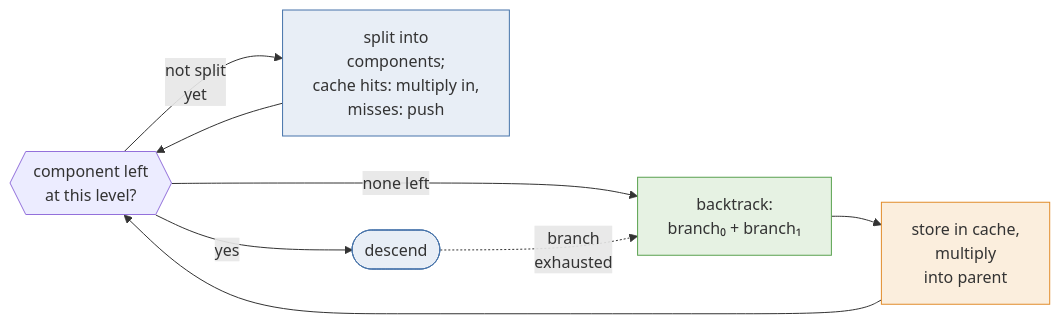
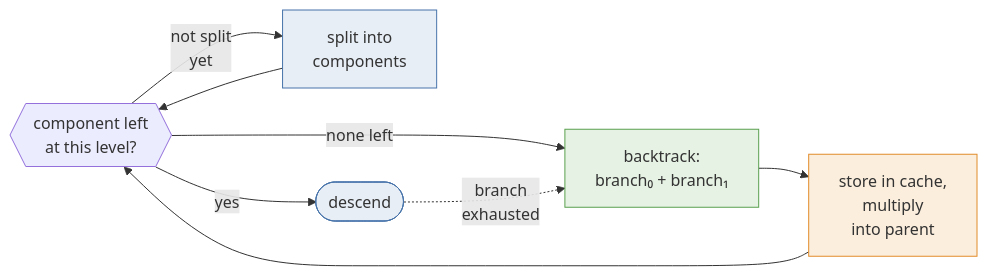
One commit to meelgroup/ganak-presentation changed the diagram in figs/mermaid/ascend.mmd. Above: the diagram before and after it, drawn with Mermaid. The commit also changed 3 other files, not shown here.

Commit message:
Ascend diagram: drop the cache hit/miss detail

```diff
--- a/figs/mermaid/ascend.mmd
+++ b/figs/mermaid/ascend.mmd
@@ -1,17 +1,17 @@
 flowchart LR
   A{{"component left<br/>at this level?"}}
-  A -->|"not split<br/>yet"| B["split into<br/>components;<br/>cache hits: multiply in,<br/>misses: push"]
+  A -->|"not split<br/>yet"| B["split into<br/>components"]
   B --> A
   A -->|yes| H([descend])
   A -->|"none left"| J["backtrack:<br/>branch₀ + branch₁"]
   H -.->|"branch<br/>exhausted"| J
   J --> L["store in cache,<br/>multiply<br/>into parent"]
   L --> A
 
   %% blue: search, green: counting, orange: cache
   classDef search fill:#e8eef6,stroke:#4673aa
   classDef count fill:#e6f2e3,stroke:#59a14f
   classDef cache fill:#fbeedd,stroke:#e18c2b
   class B,H search
   class J count
   class L cache
```
